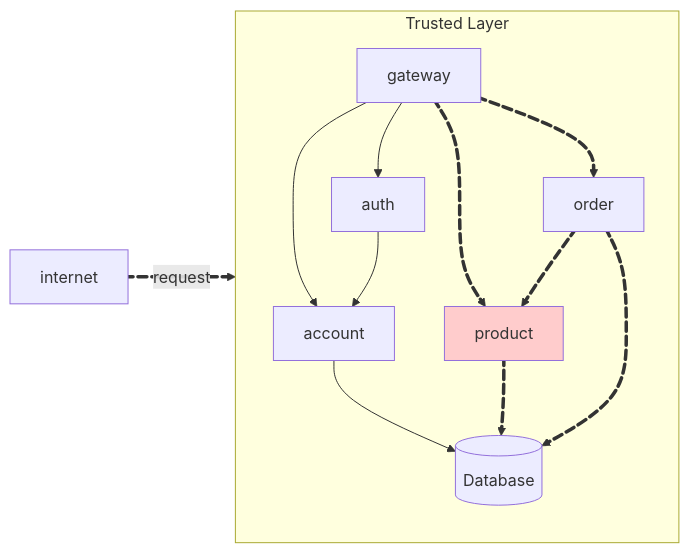
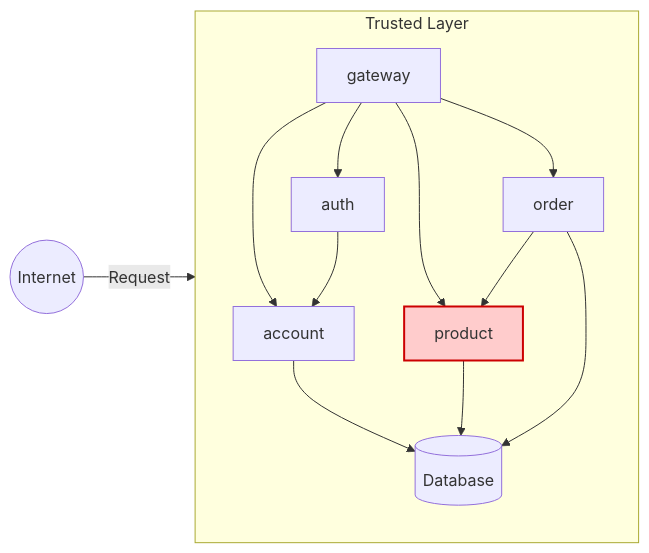
One commit to luabatepietro/pma_projeto changed the diagram in docs/roteiro1/index.md. Above: the diagram before and after it, drawn with Mermaid. The commit also changed other lines of this file and 4 other files, not shown here.

````diff
--- a/docs/roteiro1/index.md
+++ b/docs/roteiro1/index.md
@@ -5,24 +9,20 @@
 ```mermaid
 flowchart LR
     subgraph api [Trusted Layer]
         direction TB
         gateway --> account
         gateway --> auth
-        account --> db@{ shape: cyl, label: "Database" }
+        account --> db[(Database)]
         auth --> account
-        gateway e5@==> product:::red
-        gateway e6@==> order
-        product e2@==> db
-        order e3@==> db
-        order e4@==> product
+        gateway --> product:::red
+        gateway --> order
+        product --> db
+        order --> db
+        order --> product
     end
-    internet e1@==>|request| gateway
-    e1@{ animate: true }
-    e2@{ animate: true }
-    e3@{ animate: true }
-    e4@{ animate: true }
-    e5@{ animate: true }
-    e6@{ animate: true }
-    classDef red fill:#fcc
-    click product "#product-api" "Product API"
+    internet((Internet)) -->|Request| gateway
+
+    classDef red fill:#fcc,stroke:#c00,stroke-width:2px;
+
+    click product "#endpoints-implementados" "Product API"
 ```
````
